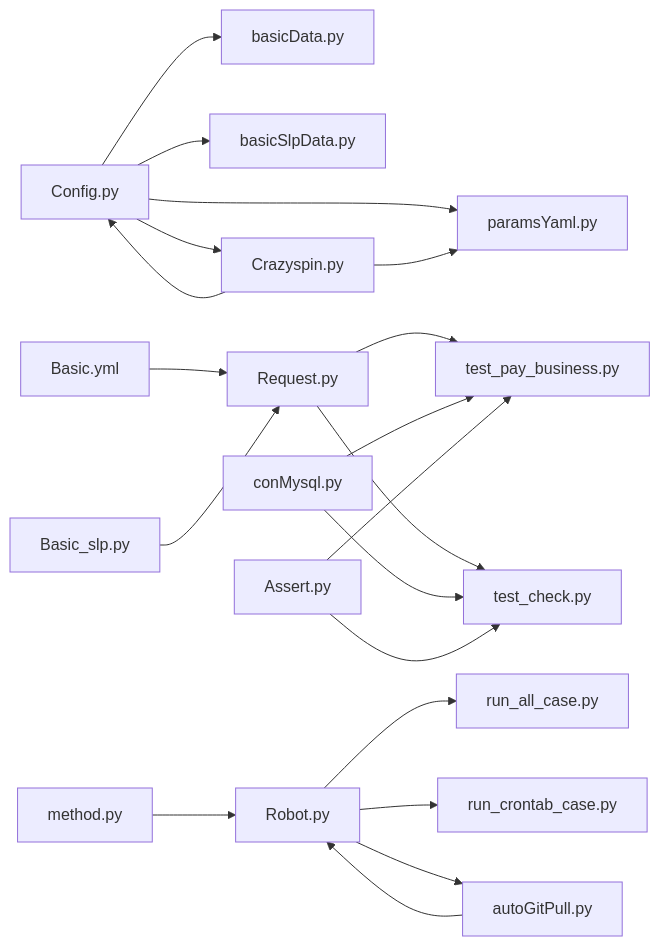
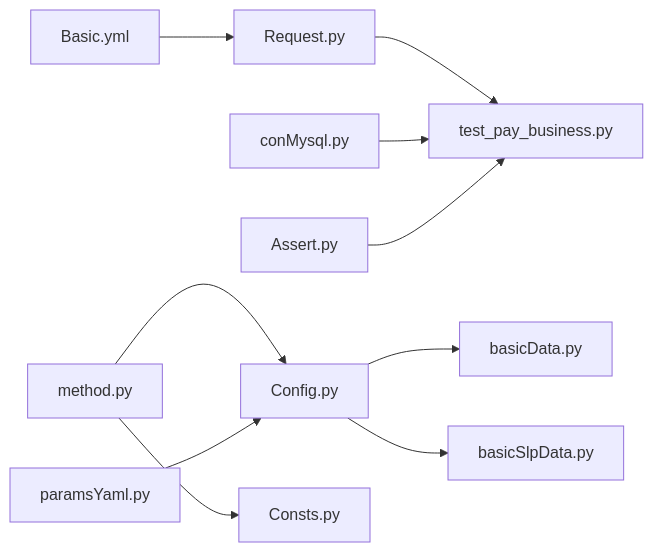
One commit to liximing1-ola/qa-payTest changed the fifth of 5 diagrams in .qoder/repowiki/zh/content/核心模块/工具方法模块.md. Above: the diagram before and after it, drawn with Mermaid. The commit also changed other lines of this file and 13 other files, not shown here.

````diff
--- a/.qoder/repowiki/zh/content/核心模块/工具方法模块.md
+++ b/.qoder/repowiki/zh/content/核心模块/工具方法模块.md
@@ -598,22 +471,12 @@
 ```mermaid
 graph LR
 CFG["Config.py"] --> BD["basicData.py"]
 CFG --> BSD["basicSlpData.py"]
-CFG --> CS["Crazyspin.py"]
-CFG --> PY["paramsYaml.py"]
 BYML["Basic.yml"] --> REQ["Request.py"]
-BSLP["Basic_slp.py"] --> REQ
 REQ --> TPB["test_pay_business.py"]
-REQ --> TSC["test_check.py"]
 CM["conMysql.py"] --> TPB
-CM --> TSC
 AS["Assert.py"] --> TPB
-AS --> TSC
-R["Robot.py"] --> RUNALL["run_all_case.py"]
-R --> RUNCRON["run_crontab_case.py"]
-R --> AGP["autoGitPull.py"]
-METH["method.py"] --> R
-AGP --> R
-CS --> CFG
-CS --> PY
+METH["method.py"] --> CFG
+METH --> CS["Consts.py"]
+PY["paramsYaml.py"] --> CFG
 ```
````
